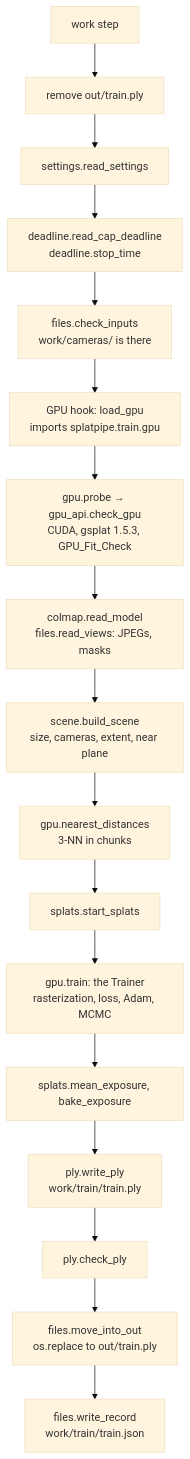
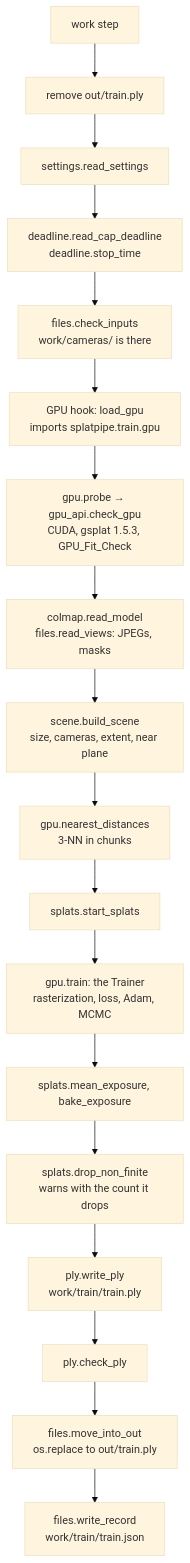
One commit to Voxelis-Org/Voxelis-Kiroween changed the diagram in .kiro/specs/splat-training/design.md. Above: the diagram before and after it, drawn with Mermaid (base theme). The commit also changed other lines of this file and 1 other file, not shown here.

Commit message:
Spec: splat-training design, clean step and dropped NaN splats

````diff
--- a/.kiro/specs/splat-training/design.md
+++ b/.kiro/specs/splat-training/design.md
@@ -40,19 +41,20 @@
 ```mermaid
 flowchart TD
     W[work step] --> R[remove out/train.ply]
     R --> S[settings.read_settings]
     S --> D[deadline.read_cap_deadline<br/>deadline.stop_time]
     D --> F[files.check_inputs<br/>work/cameras/ is there]
     F --> G[GPU hook: load_gpu<br/>imports splatpipe.train.gpu]
     G --> P[gpu.probe → gpu_api.check_gpu<br/>CUDA, gsplat 1.5.3, GPU_Fit_Check]
     P --> L[colmap.read_model<br/>files.read_views: JPEGs, masks]
     L --> SC[scene.build_scene<br/>size, cameras, extent, near plane]
     SC --> NN[gpu.nearest_distances<br/>3-NN in chunks]
     NN --> SS[splats.start_splats]
     SS --> T[gpu.train: the Trainer<br/>rasterization, loss, Adam, MCMC]
     T --> B[splats.mean_exposure, bake_exposure]
-    B --> WP[ply.write_ply<br/>work/train/train.ply]
+    B --> DN[splats.drop_non_finite<br/>warns with the count it drops]
+    DN --> WP[ply.write_ply<br/>work/train/train.ply]
     WP --> CP[ply.check_ply]
     CP --> M[files.move_into_out<br/>os.replace to out/train.ply]
     M --> TR[files.write_record<br/>work/train/train.json]
 ```
````
